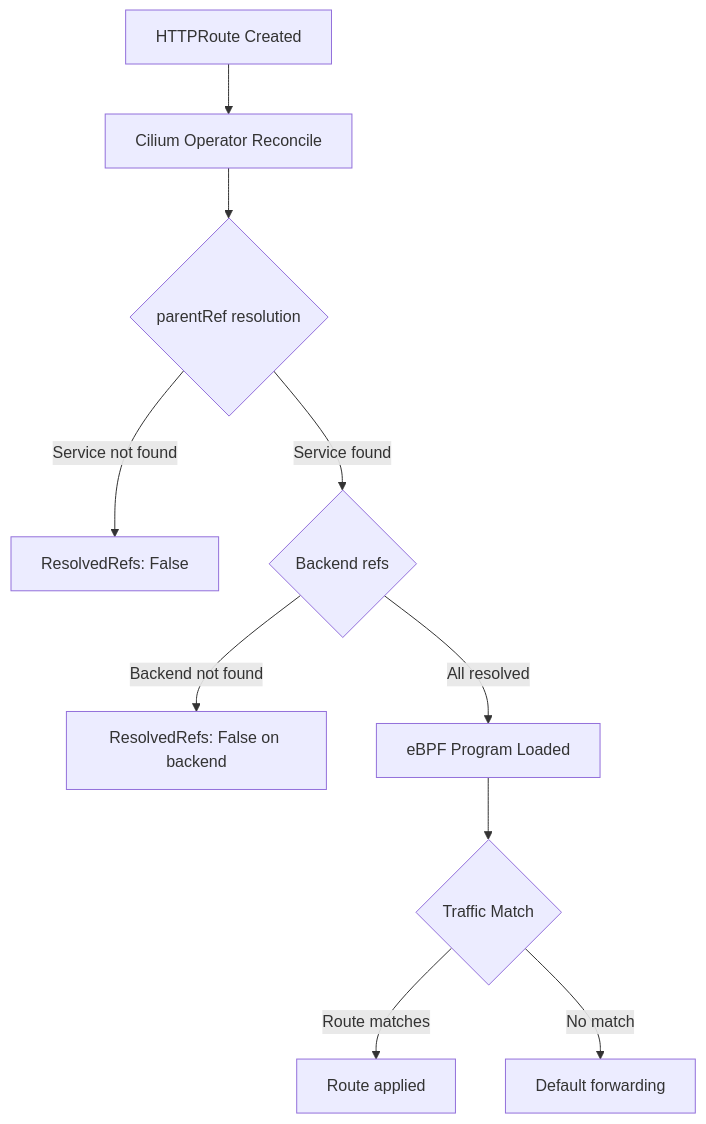
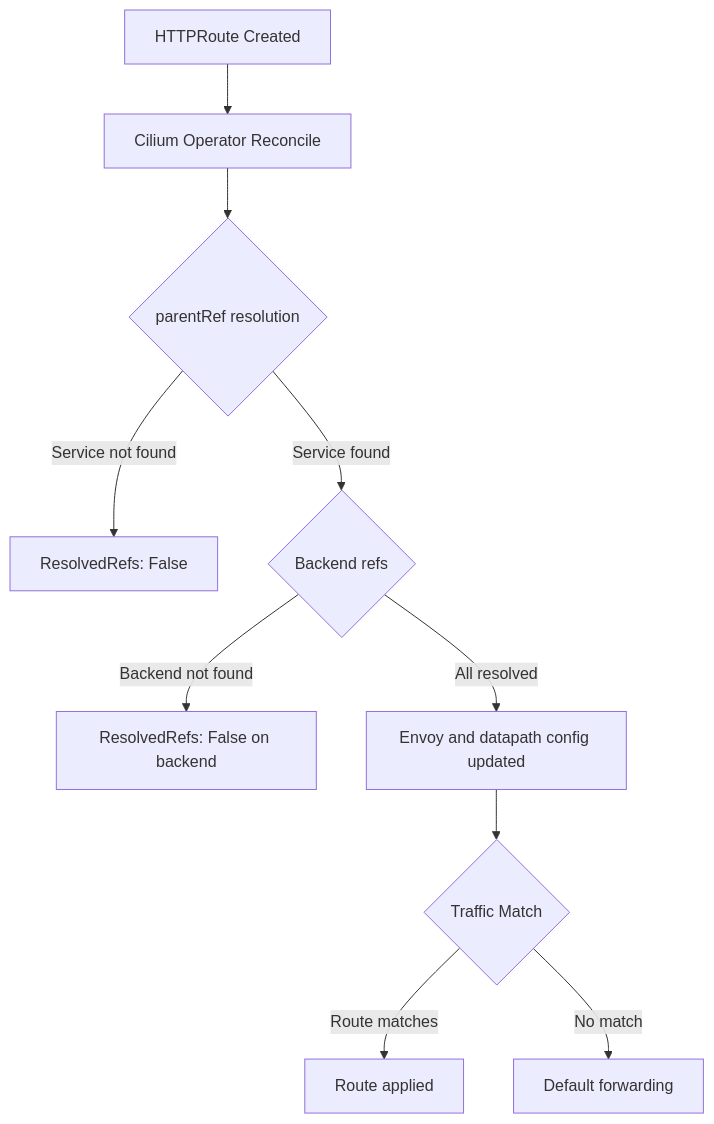
The diagram in posts/2026-03-13-troubleshoot-gamma-cilium-gateway-api/README.md (OneUptime/blog), drawn with Mermaid before and after one commit. The commit also changed other lines of this file and 2 other files, not shown here.

````diff
--- a/posts/2026-03-13-troubleshoot-gamma-cilium-gateway-api/README.md
+++ b/posts/2026-03-13-troubleshoot-gamma-cilium-gateway-api/README.md
@@ -50,12 +51,12 @@
 ```mermaid
 flowchart TD
     A[HTTPRoute Created] --> B[Cilium Operator Reconcile]
     B --> C{parentRef resolution}
     C -->|Service not found| D[ResolvedRefs: False]
     C -->|Service found| E{Backend refs}
     E -->|Backend not found| F[ResolvedRefs: False on backend]
-    E -->|All resolved| G[eBPF Program Loaded]
+    E -->|All resolved| G[Envoy and datapath config updated]
     G --> H{Traffic Match}
     H -->|Route matches| I[Route applied]
     H -->|No match| J[Default forwarding]
 ```
````
